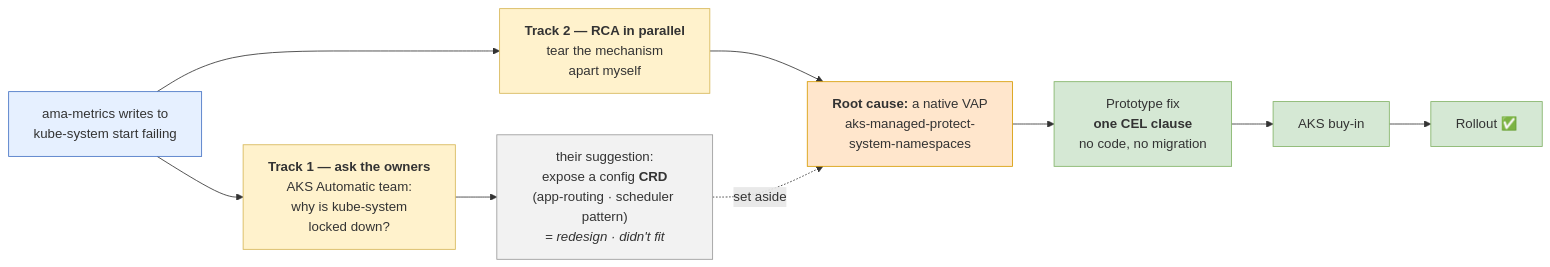
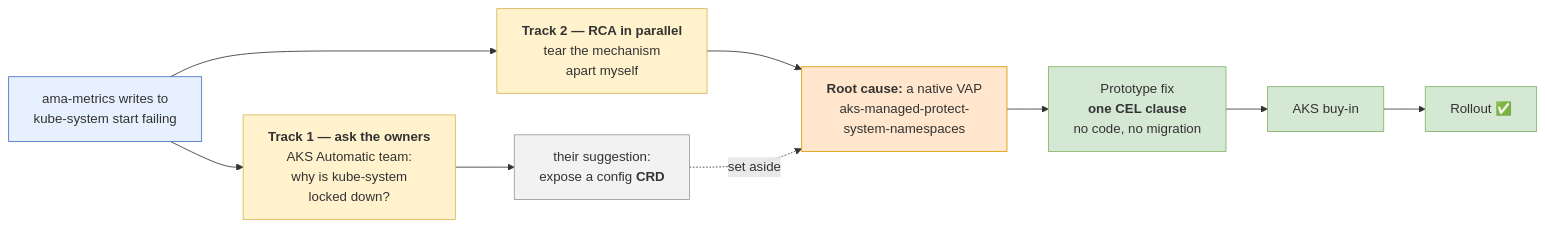
The fourth of 12 diagrams in custom-ns/doc/automatic-investigation/aks-vap-demo-diagrams.md (Azure/prometheus-collector), drawn with Mermaid before and after one commit. The commit also changed other lines of this file, not shown here.

First line of the commit message:
docs(custom-ns): trim section 2/3/5 diagram labels; fix grammar in section 3 and 5

````diff
--- a/custom-ns/doc/automatic-investigation/aks-vap-demo-diagrams.md
+++ b/custom-ns/doc/automatic-investigation/aks-vap-demo-diagrams.md
@@ -88,24 +88,24 @@
 ```mermaid
 flowchart LR
     START["ama-metrics writes to<br/>kube-system start failing"]
 
     START --> Q["<b>Track 1 — ask the owners</b><br/>AKS Automatic team:<br/>why is kube-system<br/>locked down?"]
     START --> R["<b>Track 2 — RCA in parallel</b><br/>tear the mechanism<br/>apart myself"]
 
-    Q --> SUG["their suggestion:<br/>expose a config <b>CRD</b><br/>(app-routing · scheduler pattern)<br/><i>= redesign · didn't fit</i>"]
+    Q --> SUG["their suggestion:<br/>expose a config <b>CRD</b>"]
     R --> B["<b>Root cause:</b> a native VAP<br/>aks-managed-protect-<br/>system-namespaces"]
 
     SUG -.->|"set aside"| B
     B --> D["Prototype fix<br/><b>one CEL clause</b><br/>no code, no migration"]
     D --> E["AKS buy-in"]
     E --> F["Rollout ✅"]
 
     style START fill:#e6f0ff,stroke:#4472c4
     style Q fill:#fff2cc,stroke:#d6b656
     style R fill:#fff2cc,stroke:#d6b656
     style SUG fill:#f2f2f2,stroke:#999
     style B fill:#ffe6cc,stroke:#d79b00
     style D fill:#d5e8d4,stroke:#82b366
     style E fill:#d5e8d4,stroke:#82b366
     style F fill:#d5e8d4,stroke:#82b366
 ```
````
